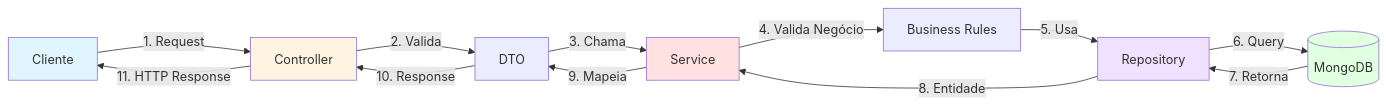
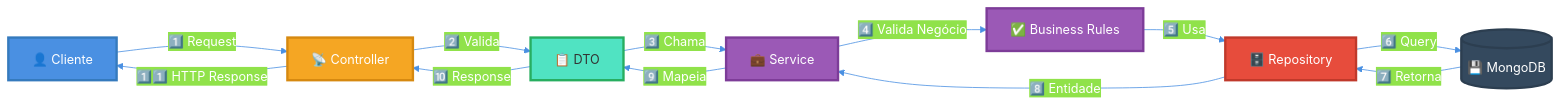
Diagram 19 of 20 in DOCUMENTACAO_ARQUITETURA_CAMADAS.md (caiohrmm/TCC-BartoFinance), drawn with Mermaid before and after one commit. The commit also changed other lines of this file, not shown here.

````diff
--- a/DOCUMENTACAO_ARQUITETURA_CAMADAS.md
+++ b/DOCUMENTACAO_ARQUITETURA_CAMADAS.md
@@ -728,20 +959,38 @@
 ```mermaid
+%%{init: {'theme':'base', 'themeVariables': { 'primaryColor':'#4A90E2','primaryTextColor':'#fff','primaryBorderColor':'#357ABD','lineColor':'#4A90E2'}}}%%
 flowchart LR
-    A[Cliente] -->|1. Request| B[Controller]
-    B -->|2. Valida| C[DTO]
-    C -->|3. Chama| D[Service]
-    D -->|4. Valida Negócio| E[Business Rules]
-    E -->|5. Usa| F[Repository]
-    F -->|6. Query| G[(MongoDB)]
-    G -->|7. Retorna| F
-    F -->|8. Entidade| D
-    D -->|9. Mapeia| C
-    C -->|10. Response| B
-    B -->|11. HTTP Response| A
+    A["👤 Cliente"]
+    B["📡 Controller"]
+    C["📋 DTO"]
+    D["💼 Service"]
+    E["✅ Business Rules"]
+    F["🗄️ Repository"]
+    G[("💾 MongoDB")]
     
-    style A fill:#e1f5ff
-    style B fill:#fff4e1
-    style D fill:#ffe1e1
-    style F fill:#f0e1ff
-    style G fill:#e1ffe1
+    A -->|"1️⃣ Request"| B
+    B -->|"2️⃣ Valida"| C
+    C -->|"3️⃣ Chama"| D
+    D -->|"4️⃣ Valida Negócio"| E
+    E -->|"5️⃣ Usa"| F
+    F -->|"6️⃣ Query"| G
+    G -->|"7️⃣ Retorna"| F
+    F -->|"8️⃣ Entidade"| D
+    D -->|"9️⃣ Mapeia"| C
+    C -->|"🔟 Response"| B
+    B -->|"1️⃣1️⃣ HTTP Response"| A
+    
+    classDef clientStyle fill:#4A90E2,stroke:#357ABD,stroke-width:3px,color:#fff
+    classDef controllerStyle fill:#F5A623,stroke:#D68910,stroke-width:3px,color:#fff
+    classDef dtoStyle fill:#50E3C2,stroke:#27AE60,stroke-width:3px,color:#333
+    classDef serviceStyle fill:#9B59B6,stroke:#7D3C98,stroke-width:3px,color:#fff
+    classDef repositoryStyle fill:#E74C3C,stroke:#C0392B,stroke-width:3px,color:#fff
+    classDef dbStyle fill:#34495E,stroke:#2C3E50,stroke-width:3px,color:#fff
+    
+    class A clientStyle
+    class B controllerStyle
+    class C dtoStyle
+    class D serviceStyle
+    class E serviceStyle
+    class F repositoryStyle
+    class G dbStyle
 ```
````
